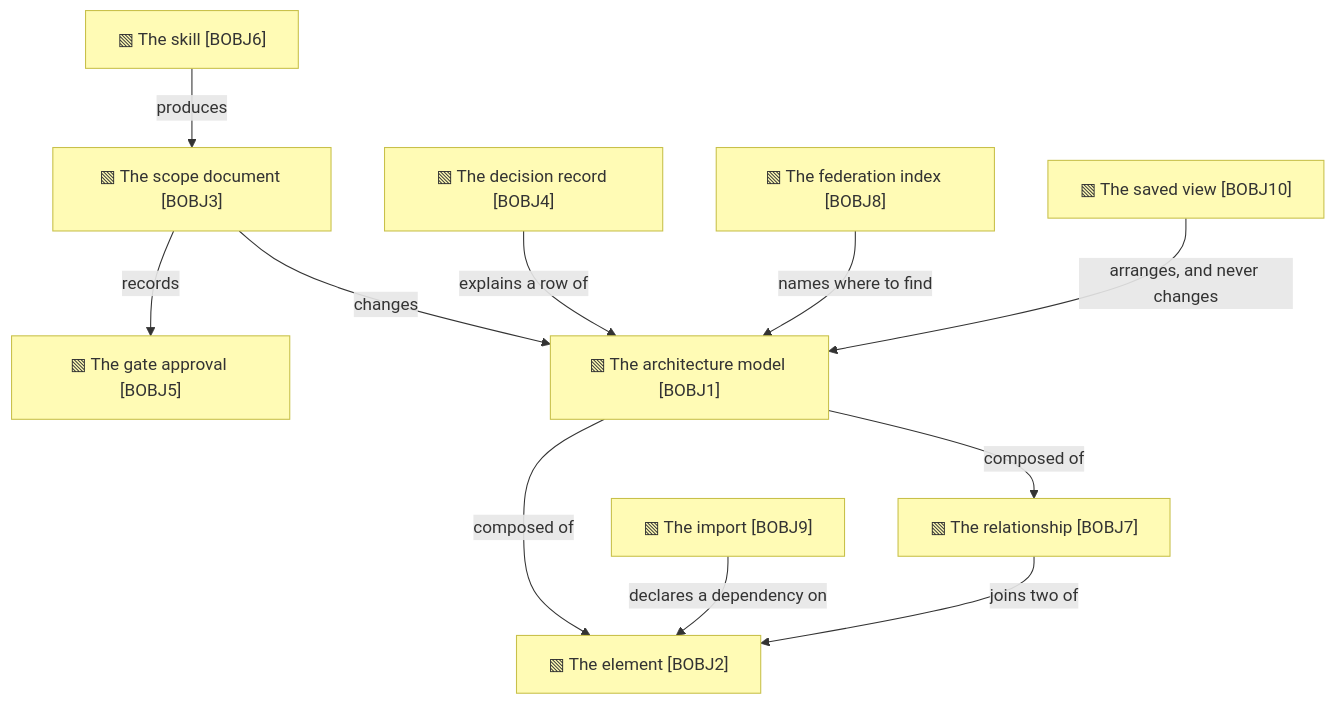
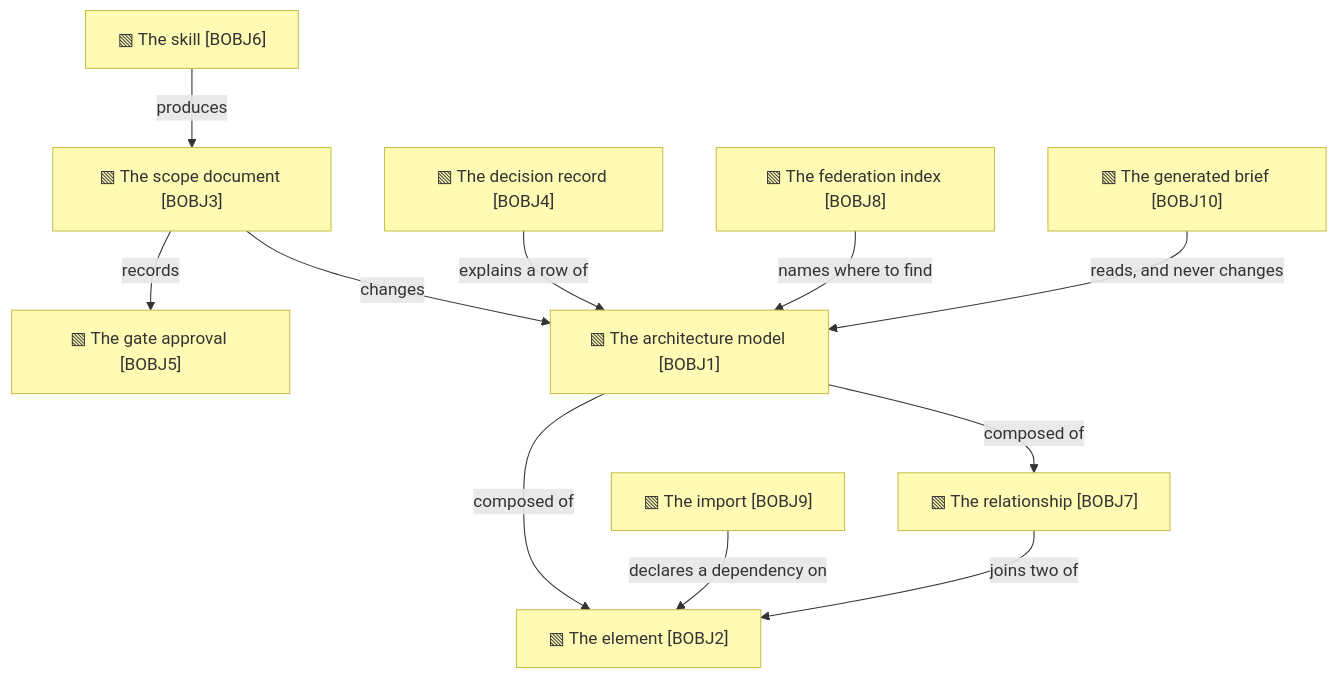
One commit to roanboc/architecture-archreator changed the second of 2 diagrams in product-archreator/architecture/2_business/4_business-objects.md. Above: the diagram before and after it, drawn with Mermaid. The commit also changed other lines of this file and 8 other files, not shown here.

````diff
--- a/product-archreator/architecture/2_business/4_business-objects.md
+++ b/product-archreator/architecture/2_business/4_business-objects.md
@@ -40,26 +41,26 @@
 ```mermaid
 flowchart TB
   bobj1["▧ The architecture model [BOBJ1]"]:::object
   bobj2["▧ The element [BOBJ2]"]:::object
   bobj3["▧ The scope document [BOBJ3]"]:::object
   bobj4["▧ The decision record [BOBJ4]"]:::object
   bobj5["▧ The gate approval [BOBJ5]"]:::object
   bobj6["▧ The skill [BOBJ6]"]:::object
   bobj7["▧ The relationship [BOBJ7]"]:::object
   bobj8["▧ The federation index [BOBJ8]"]:::object
   bobj9["▧ The import [BOBJ9]"]:::object
-  bobj10["▧ The saved view [BOBJ10]"]:::object
+  bobj10["▧ The generated brief [BOBJ10]"]:::object
 
   bobj1 -->|composed of| bobj2
   bobj1 -->|composed of| bobj7
   bobj7 -->|joins two of| bobj2
   bobj8 -->|names where to find| bobj1
   bobj9 -->|declares a dependency on| bobj2
-  bobj10 -->|arranges, and never changes| bobj1
+  bobj10 -->|reads, and never changes| bobj1
   bobj3 -->|records| bobj5
   bobj3 -->|changes| bobj1
   bobj4 -->|explains a row of| bobj1
   bobj6 -->|produces| bobj3
 
   classDef object fill:#fffbb5,stroke:#c8c04a,color:#333
 ```
````
